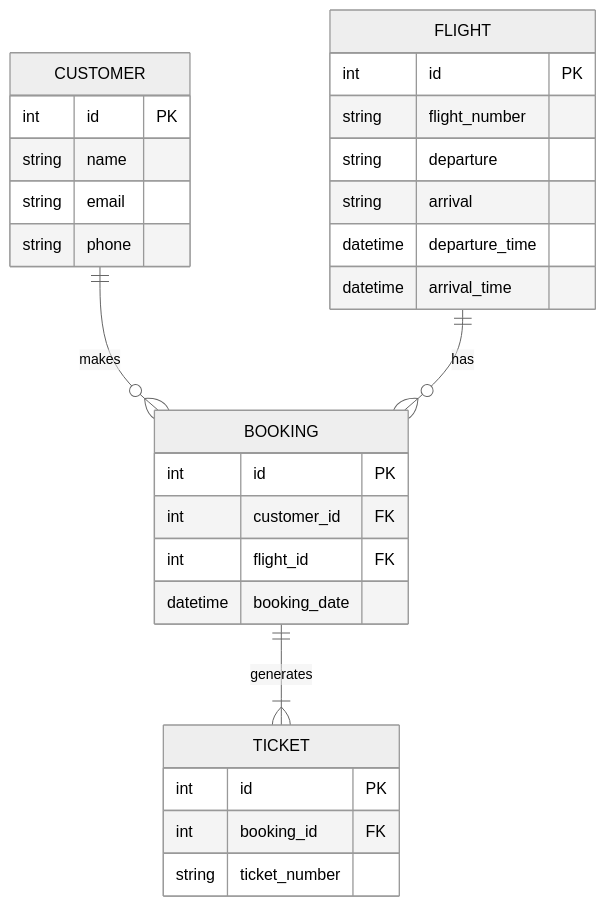
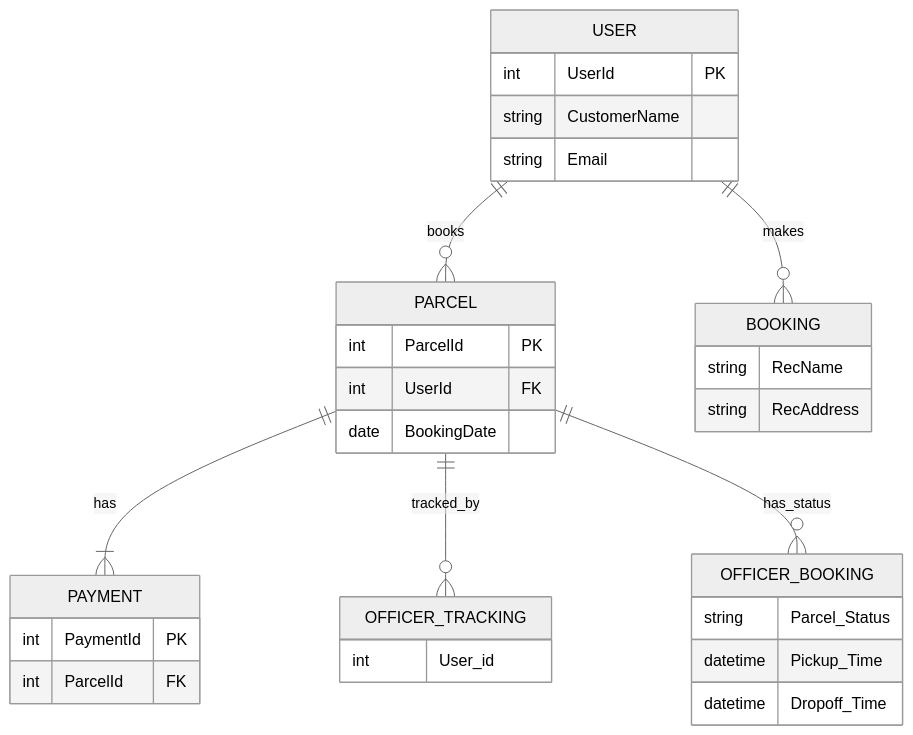
One commit to Barath-07-tech/codebase_doc_llm changed the diagram in output/docs/database.md. Above: the diagram before and after it, drawn with Mermaid (neutral theme). The commit also changed other lines of this file and 14 other files, not shown here.

````diff
--- a/output/docs/database.md
+++ b/output/docs/database.md
@@ -35,34 +36,40 @@
 ```mermaid
 erDiagram
-    CUSTOMER ||--o{ BOOKING : makes
-    FLIGHT ||--o{ BOOKING : has
-    BOOKING ||--|{ TICKET : generates
-    BOOKING {
-        int id PK
-        int customer_id FK
-        int flight_id FK
-        datetime booking_date
+    USER ||--o{ PARCEL : books
+    PARCEL ||--|{ PAYMENT : has
+    PARCEL ||--o{ OFFICER_TRACKING : tracked_by
+    USER ||--o{ BOOKING : makes
+    PARCEL ||--o{ OFFICER_BOOKING : has_status
+    
+    USER {
+        int UserId PK
+        string CustomerName
+        string Email
     }
     
-    CUSTOMER {
-        int id PK
-        string name
-        string email
-        string phone
+    PARCEL {
+        int ParcelId PK
+        int UserId FK
+        date BookingDate
     }
     
-    FLIGHT {
-        int id PK
-        string flight_number
-        string departure
-        string arrival
-        datetime departure_time
-        datetime arrival_time
+    BOOKING {
+        string RecName
+        string RecAddress
     }
     
-    TICKET {
-        int id PK
-        int booking_id FK
-        string ticket_number
+    OFFICER_BOOKING {
+        string Parcel_Status
+        datetime Pickup_Time
+        datetime Dropoff_Time
+    }
+    
+    PAYMENT {
+        int PaymentId PK
+        int ParcelId FK
+    }
+    
+    OFFICER_TRACKING {
+        int User_id
     }
 ```
````
